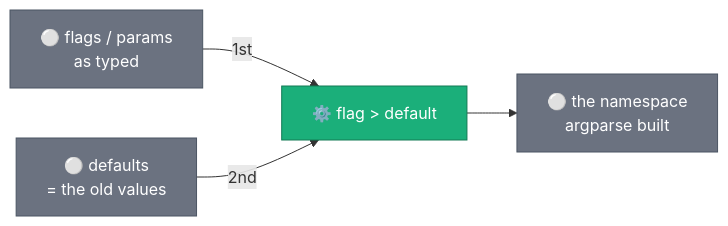
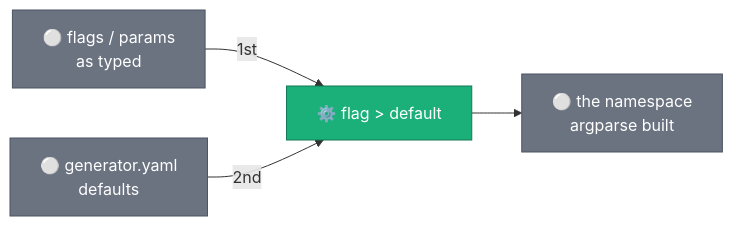
Diagram 12 of 18 in docs/DESIGN.md (albertols/synthetic-llm-dataflow-bigquery), drawn with Mermaid before and after one commit. The commit also changed other lines of this file and 11 other files, not shown here.

````diff
--- a/docs/DESIGN.md
+++ b/docs/DESIGN.md
@@ -595,16 +596,16 @@
 ```mermaid
 flowchart LR
   classDef beam  fill:#eb6834,color:#fff,stroke:#b44f26
   classDef cpu   fill:#1baf7a,color:#fff,stroke:#127a55
   classDef gpu   fill:#7a3fd1,color:#fff,stroke:#5a2f9d
   classDef store fill:#2a78d6,color:#fff,stroke:#1d5599
   classDef data  fill:#6b7280,color:#fff,stroke:#4b5563
 
   A["⚪ flags / params<br/>as typed"]:::data
-  D["⚪ defaults<br/>= the old values"]:::data
+  D["⚪ generator.yaml<br/>defaults"]:::data
   R["⚙️ flag > default"]:::cpu
   O["⚪ the namespace<br/>argparse built"]:::data
   A -->|"1st"| R
   D -->|"2nd"| R
   R --> O
 ```
````
